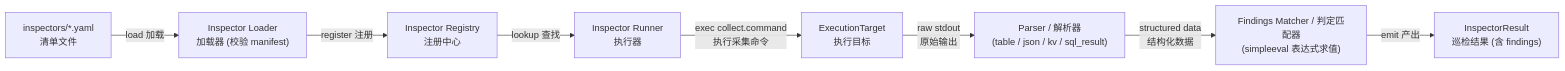
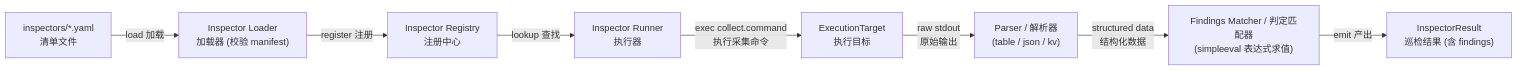
The third of 5 diagrams in docs/ARCHITECTURE.md (HerbertGao/hostlens), drawn with Mermaid before and after one commit. The commit also changed other lines of this file and 34 other files, not shown here.

````diff
--- a/docs/ARCHITECTURE.md
+++ b/docs/ARCHITECTURE.md
@@ -570,19 +573,19 @@
 ```mermaid
 graph LR
     yaml["inspectors/*.yaml<br/>清单文件"]
     loader["Inspector Loader<br/>加载器 (校验 manifest)"]
     reg["Inspector Registry<br/>注册中心"]
     runner["Inspector Runner<br/>执行器"]
     target["ExecutionTarget<br/>执行目标"]
-    parser["Parser / 解析器<br/>(table / json / kv / sql_result)"]
+    parser["Parser / 解析器<br/>(table / json / kv)"]
     fmatcher["Findings Matcher / 判定匹配器<br/>(simpleeval 表达式求值)"]
     result["InspectorResult<br/>巡检结果 (含 findings)"]
 
     yaml -->|"load 加载"| loader
     loader -->|"register 注册"| reg
     reg -->|"lookup 查找"| runner
     runner -->|"exec collect.command<br/>执行采集命令"| target
     target -->|"raw stdout<br/>原始输出"| parser
     parser -->|"structured data<br/>结构化数据"| fmatcher
     fmatcher -->|"emit 产出"| result
 ```
````
